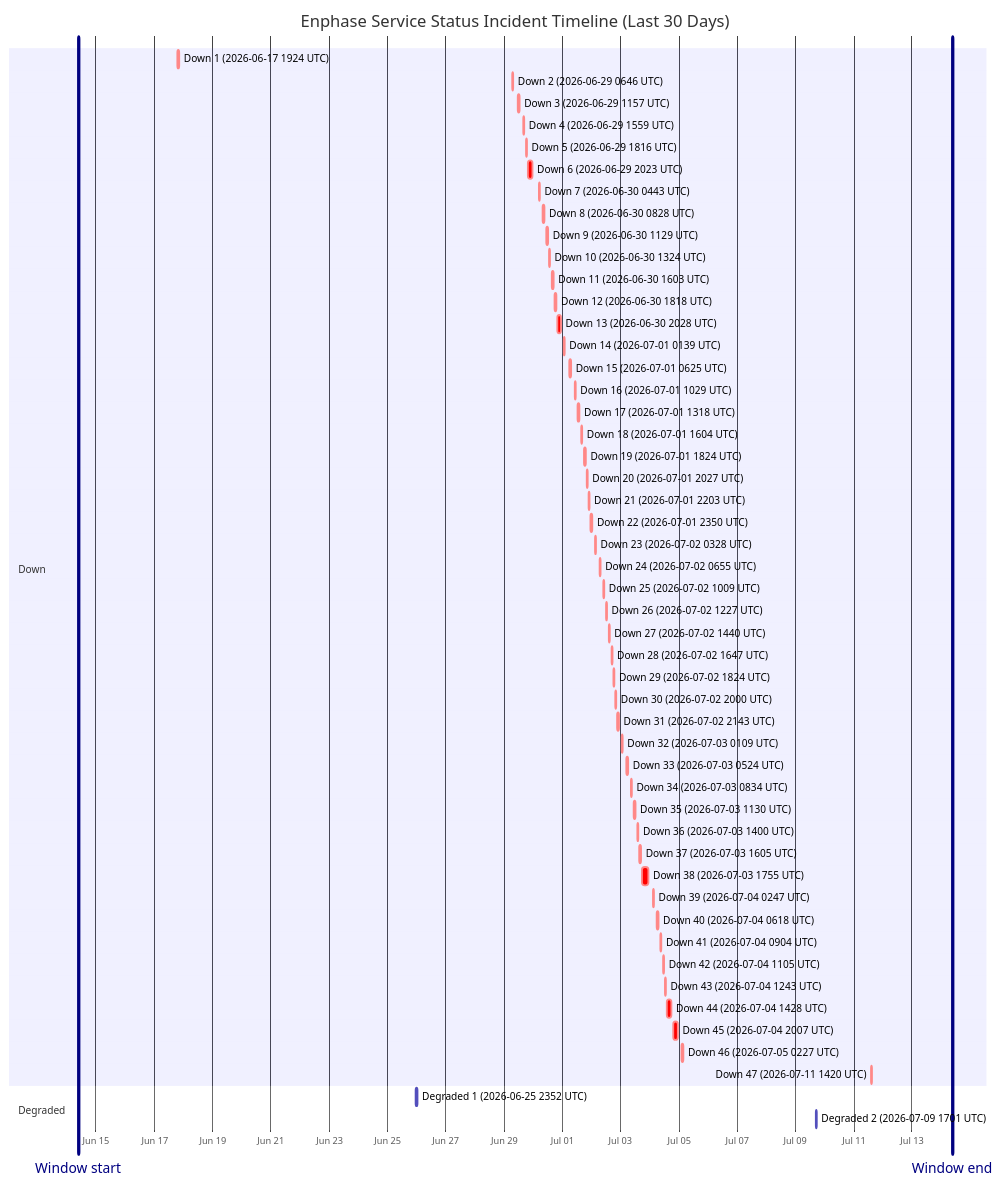
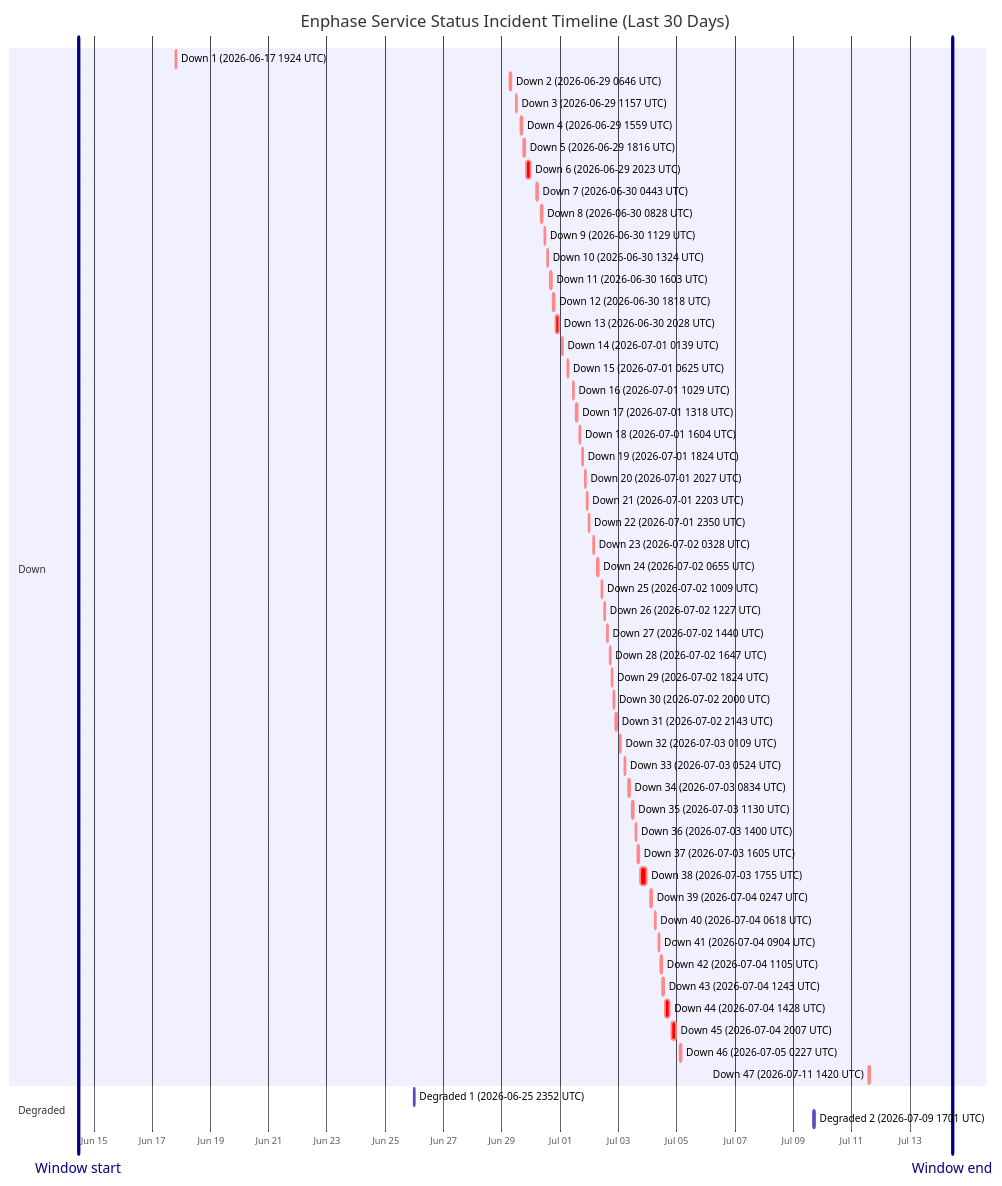
Before and after one commit to barneyonline/ha-enphase-energy: the diagram in wiki/Service-Status-History.md, drawn with Mermaid. The commit also changed other lines of this file and 3 other files, not shown here.

````diff
--- a/wiki/Service-Status-History.md
+++ b/wiki/Service-Status-History.md
@@ -14,59 +14,59 @@
 ```mermaid
 gantt
     title Enphase Service Status Incident Timeline (Last 30 Days)
     dateFormat  YYYY-MM-DDTHH:mm:ss
     axisFormat  %b %d
-    Window start :vert, window-start, 2026-06-14T09:24:17, 0ms
-    Window end :vert, window-end, 2026-07-14T09:24:17, 0ms
+    Window start :vert, window-start, 2026-06-14T11:05:58, 0ms
+    Window end :vert, window-end, 2026-07-14T11:05:58, 0ms
     section Down
     Down 1 (2026-06-17 1924 UTC) :crit, down-1, 2026-06-17T19:24:51, 60m
     Down 2 (2026-06-29 0646 UTC) :crit, down-2, 2026-06-29T06:46:18, 60m
     Down 3 (2026-06-29 1157 UTC) :crit, down-3, 2026-06-29T11:57:36, 60m
     Down 4 (2026-06-29 1559 UTC) :crit, down-4, 2026-06-29T15:59:02, 60m
     Down 5 (2026-06-29 1816 UTC) :crit, down-5, 2026-06-29T18:16:38, 60m
     Down 6 (2026-06-29 2023 UTC) :crit, down-6, 2026-06-29T20:23:16, 220m
     Down 7 (2026-06-30 0443 UTC) :crit, down-7, 2026-06-30T04:43:54, 60m
     Down 8 (2026-06-30 0828 UTC) :crit, down-8, 2026-06-30T08:28:43, 60m
     Down 9 (2026-06-30 1129 UTC) :crit, down-9, 2026-06-30T11:29:15, 60m
     Down 10 (2026-06-30 1324 UTC) :crit, down-10, 2026-06-30T13:24:25, 60m
     Down 11 (2026-06-30 1603 UTC) :crit, down-11, 2026-06-30T16:03:26, 60m
     Down 12 (2026-06-30 1818 UTC) :crit, down-12, 2026-06-30T18:18:39, 60m
     Down 13 (2026-06-30 2028 UTC) :crit, down-13, 2026-06-30T20:28:54, 171m
     Down 14 (2026-07-01 0139 UTC) :crit, down-14, 2026-07-01T01:39:18, 60m
     Down 15 (2026-07-01 0625 UTC) :crit, down-15, 2026-07-01T06:25:35, 60m
     Down 16 (2026-07-01 1029 UTC) :crit, down-16, 2026-07-01T10:29:24, 60m
     Down 17 (2026-07-01 1318 UTC) :crit, down-17, 2026-07-01T13:18:31, 60m
     Down 18 (2026-07-01 1604 UTC) :crit, down-18, 2026-07-01T16:04:29, 60m
     Down 19 (2026-07-01 1824 UTC) :crit, down-19, 2026-07-01T18:24:21, 60m
     Down 20 (2026-07-01 2027 UTC) :crit, down-20, 2026-07-01T20:27:17, 60m
     Down 21 (2026-07-01 2203 UTC) :crit, down-21, 2026-07-01T22:03:46, 60m
     Down 22 (2026-07-01 2350 UTC) :crit, down-22, 2026-07-01T23:50:52, 60m
     Down 23 (2026-07-02 0328 UTC) :crit, down-23, 2026-07-02T03:28:33, 60m
     Down 24 (2026-07-02 0655 UTC) :crit, down-24, 2026-07-02T06:55:07, 60m
     Down 25 (2026-07-02 1009 UTC) :crit, down-25, 2026-07-02T10:09:15, 60m
     Down 26 (2026-07-02 1227 UTC) :crit, down-26, 2026-07-02T12:27:49, 60m
     Down 27 (2026-07-02 1440 UTC) :crit, down-27, 2026-07-02T14:40:53, 60m
     Down 28 (2026-07-02 1647 UTC) :crit, down-28, 2026-07-02T16:47:47, 60m
     Down 29 (2026-07-02 1824 UTC) :crit, down-29, 2026-07-02T18:24:26, 60m
     Down 30 (2026-07-02 2000 UTC) :crit, down-30, 2026-07-02T20:00:57, 60m
     Down 31 (2026-07-02 2143 UTC) :crit, down-31, 2026-07-02T21:43:52, 80m
     Down 32 (2026-07-03 0109 UTC) :crit, down-32, 2026-07-03T01:09:19, 60m
     Down 33 (2026-07-03 0524 UTC) :crit, down-33, 2026-07-03T05:24:23, 60m
     Down 34 (2026-07-03 0834 UTC) :crit, down-34, 2026-07-03T08:34:05, 60m
     Down 35 (2026-07-03 1130 UTC) :crit, down-35, 2026-07-03T11:30:41, 60m
     Down 36 (2026-07-03 1400 UTC) :crit, down-36, 2026-07-03T14:00:48, 60m
     Down 37 (2026-07-03 1605 UTC) :crit, down-37, 2026-07-03T16:05:49, 60m
     Down 38 (2026-07-03 1755 UTC) :crit, down-38, 2026-07-03T17:55:54, 338m
     Down 39 (2026-07-04 0247 UTC) :crit, down-39, 2026-07-04T02:47:22, 60m
     Down 40 (2026-07-04 0618 UTC) :crit, down-40, 2026-07-04T06:18:09, 60m
     Down 41 (2026-07-04 0904 UTC) :crit, down-41, 2026-07-04T09:04:41, 60m
     Down 42 (2026-07-04 1105 UTC) :crit, down-42, 2026-07-04T11:05:21, 60m
     Down 43 (2026-07-04 1243 UTC) :crit, down-43, 2026-07-04T12:43:25, 60m
     Down 44 (2026-07-04 1428 UTC) :crit, down-44, 2026-07-04T14:28:07, 243m
     Down 45 (2026-07-04 2007 UTC) :crit, down-45, 2026-07-04T20:07:50, 206m
     Down 46 (2026-07-05 0227 UTC) :crit, down-46, 2026-07-05T02:27:32, 109m
     Down 47 (2026-07-11 1420 UTC) :crit, down-47, 2026-07-11T14:20:54, 69m
     section Degraded
     Degraded 1 (2026-06-25 2352 UTC) :active, degraded-1, 2026-06-25T23:52:01, 60m
     Degraded 2 (2026-07-09 1701 UTC) :active, degraded-2, 2026-07-09T17:01:02, 60m
 ```
````
